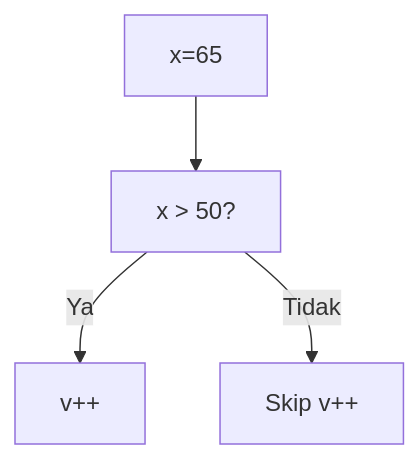
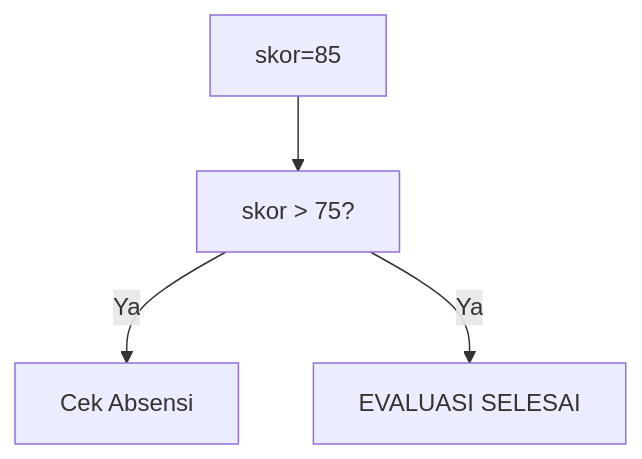
One commit to amnahwaida/OSNK_INF_PREP changed the fourth of 25 diagrams in part-c-pemahaman-cpp/02-percabangan/latihan/set-09.md. Above: the diagram before and after it, drawn with Mermaid. The commit also changed other lines of this file and 71 other files, not shown here.

````diff
--- a/part-c-pemahaman-cpp/02-percabangan/latihan/set-09.md
+++ b/part-c-pemahaman-cpp/02-percabangan/latihan/set-09.md
@@ -105,6 +111,6 @@
 ```mermaid
 graph TD
-A["x=65"] --> B["x > 50?"]
-B -- Ya --> C["v++"]
-B -- Tidak --> D["Skip v++"]
+A["skor=85"] --> B["skor > 75?"]
+B -- Ya --> C["Cek Absensi"]
+B -- Ya --> D["EVALUASI SELESAI"]
 ```
````
